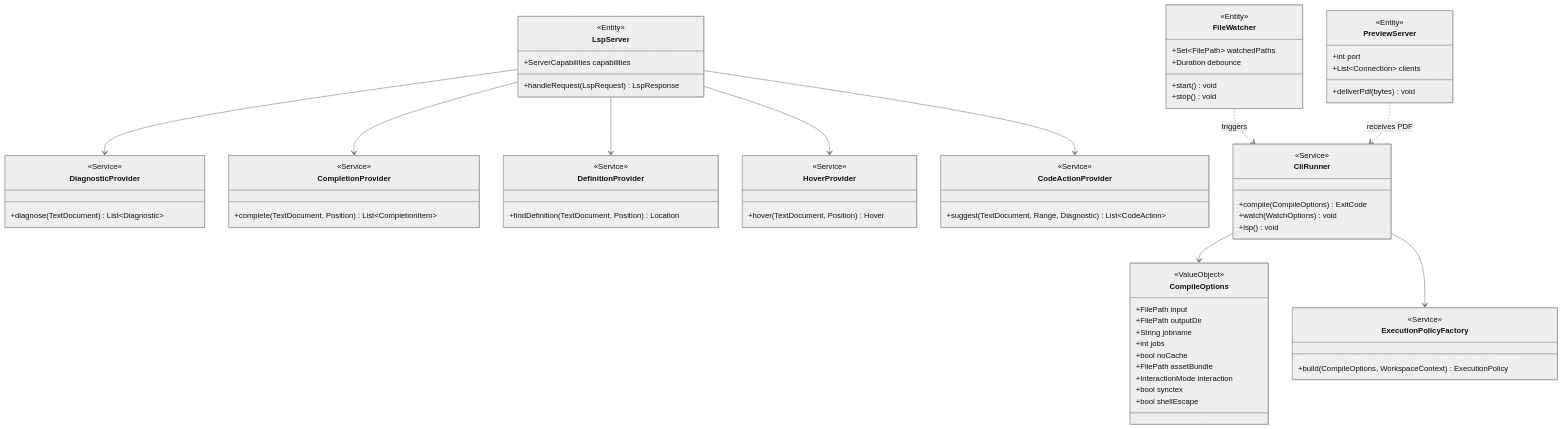
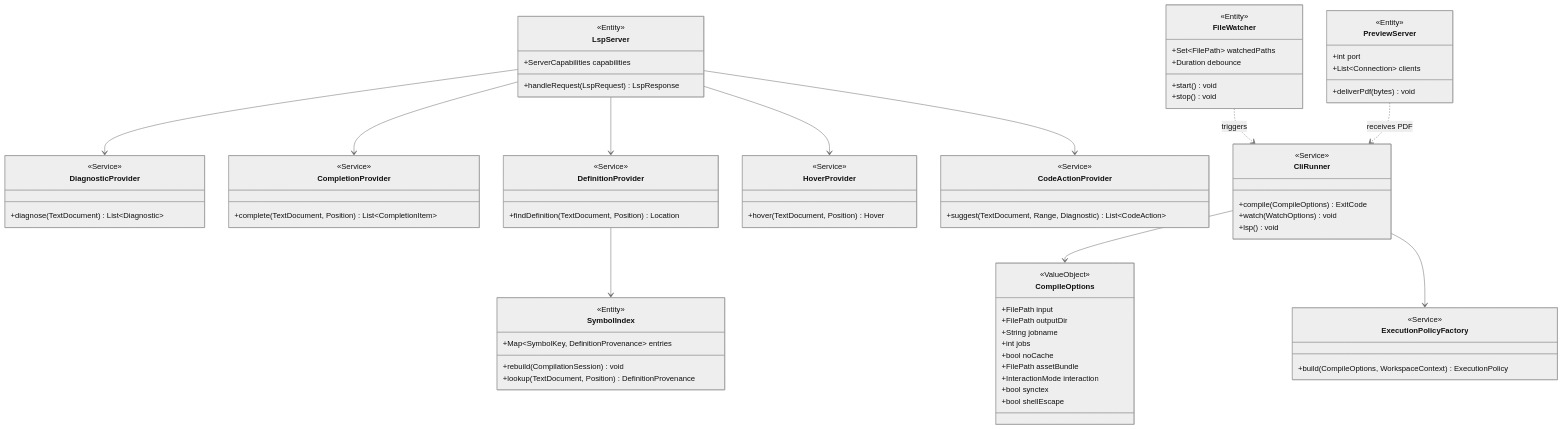
Before and after one commit to RK0429/ferritex: the ninth of 12 diagrams in docs/domain_model.md, drawn with Mermaid (neutral theme). The commit also changed other lines of this file and 1 other file, not shown here.

````diff
--- a/docs/domain_model.md
+++ b/docs/domain_model.md
@@ -886,73 +955,80 @@
 ```mermaid
 classDiagram
     class LspServer {
         <<Entity>>
         +ServerCapabilities capabilities
         +handleRequest(LspRequest) LspResponse
     }
     class DiagnosticProvider {
         <<Service>>
         +diagnose(TextDocument) List~Diagnostic~
     }
     class CompletionProvider {
         <<Service>>
         +complete(TextDocument, Position) List~CompletionItem~
     }
     class DefinitionProvider {
         <<Service>>
         +findDefinition(TextDocument, Position) Location
+    }
+    class SymbolIndex {
+        <<Entity>>
+        +Map~SymbolKey, DefinitionProvenance~ entries
+        +rebuild(CompilationSession) void
+        +lookup(TextDocument, Position) DefinitionProvenance
     }
     class HoverProvider {
         <<Service>>
         +hover(TextDocument, Position) Hover
     }
     class CodeActionProvider {
         <<Service>>
         +suggest(TextDocument, Range, Diagnostic) List~CodeAction~
     }
     class FileWatcher {
         <<Entity>>
         +Set~FilePath~ watchedPaths
         +Duration debounce
         +start() void
         +stop() void
     }
     class PreviewServer {
         <<Entity>>
         +int port
         +List~Connection~ clients
         +deliverPdf(bytes) void
     }
     class CliRunner {
         <<Service>>
         +compile(CompileOptions) ExitCode
         +watch(WatchOptions) void
         +lsp() void
     }
     class ExecutionPolicyFactory {
         <<Service>>
         +build(CompileOptions, WorkspaceContext) ExecutionPolicy
     }
     class CompileOptions {
         <<ValueObject>>
         +FilePath input
         +FilePath outputDir
         +String jobname
         +int jobs
         +bool noCache
         +FilePath assetBundle
         +InteractionMode interaction
         +bool synctex
         +bool shellEscape
     }
 
     LspServer --> DiagnosticProvider
     LspServer --> CompletionProvider
     LspServer --> DefinitionProvider
     LspServer --> HoverProvider
     LspServer --> CodeActionProvider
+    DefinitionProvider --> SymbolIndex
     FileWatcher ..> CliRunner : triggers
     PreviewServer ..> CliRunner : receives PDF
     CliRunner --> CompileOptions
     CliRunner --> ExecutionPolicyFactory
 ```
````
